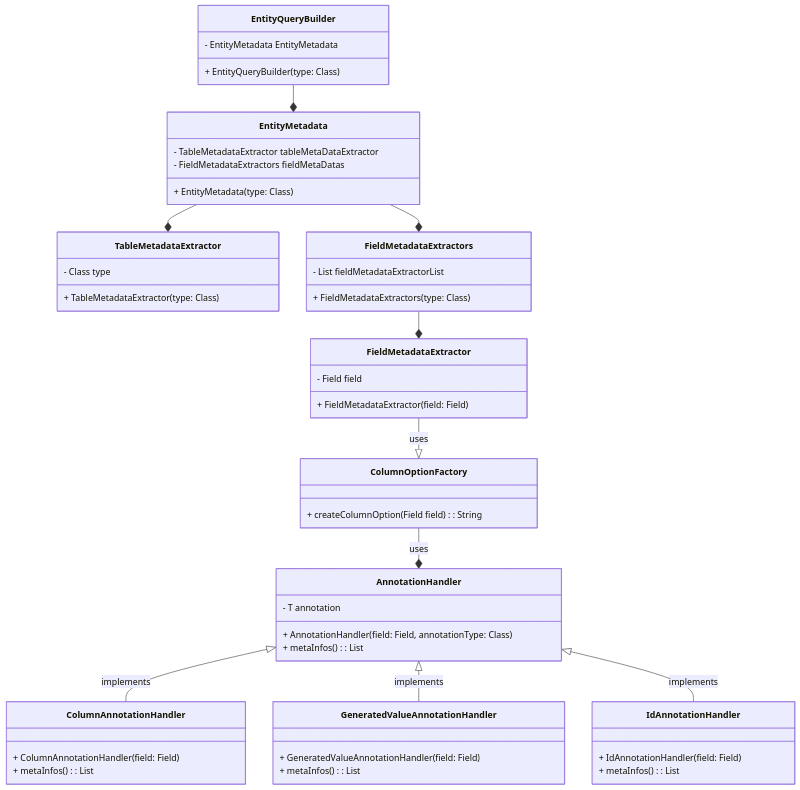
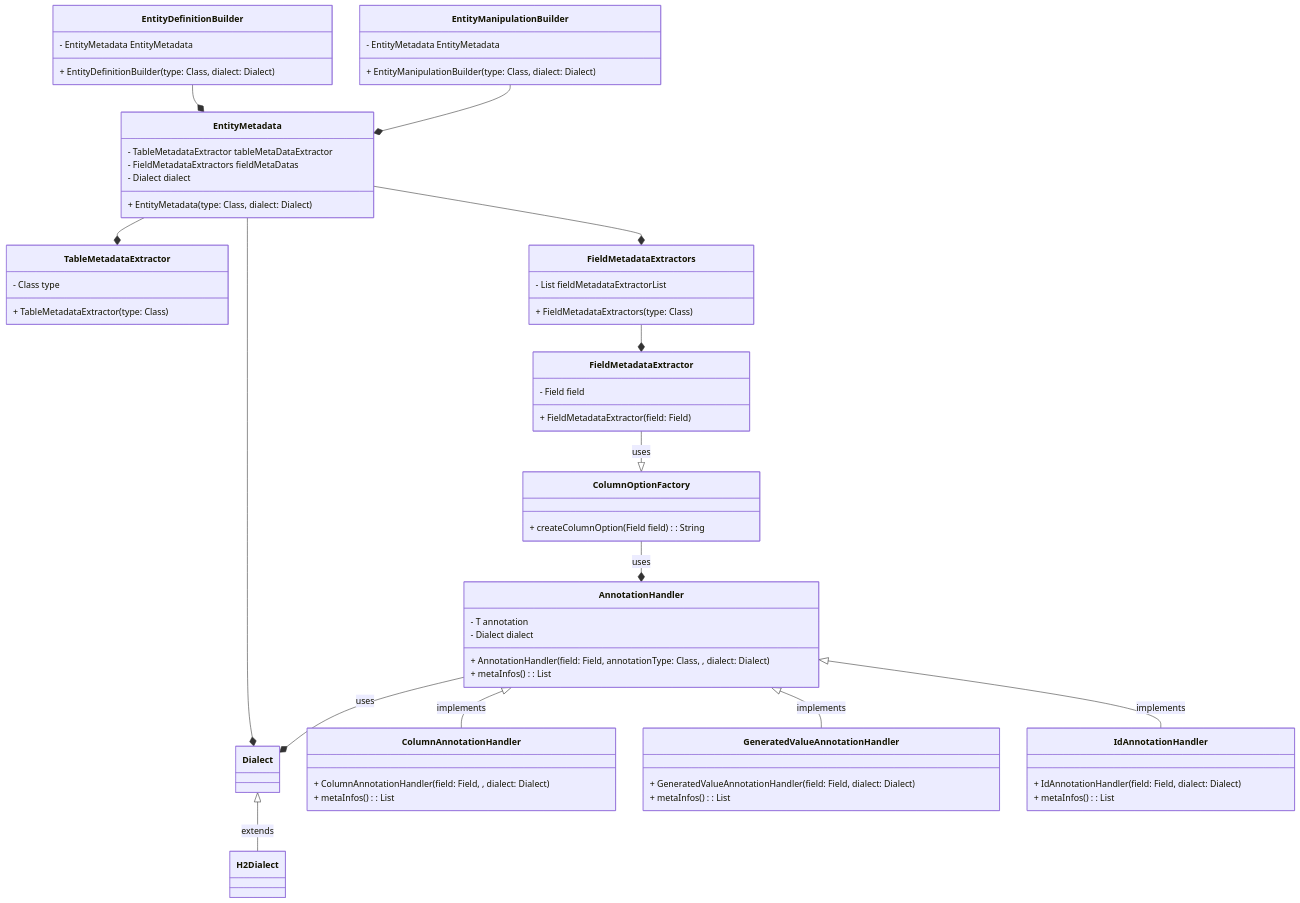
Before and after one commit to next-step/jpa-query-builder: the diagram in README.md, drawn with Mermaid.

Commit message:
docs : Dialect, EntityManipulationBuilder 추가 등등

````diff
--- a/README.md
+++ b/README.md
@@ -5,54 +5,68 @@
 ```mermaid
 classDiagram
-    class EntityQueryBuilder {
+    class EntityDefinitionBuilder {
         - EntityMetadata EntityMetadata
-        + EntityQueryBuilder(type: Class<?>)
+        + EntityDefinitionBuilder(type: Class<?>, dialect: Dialect)
+    }
+    class EntityManipulationBuilder {
+        - EntityMetadata EntityMetadata
+        + EntityManipulationBuilder(type: Class<?>, dialect: Dialect)
     }
     class EntityMetadata {
         - TableMetadataExtractor tableMetaDataExtractor
         - FieldMetadataExtractors fieldMetaDatas
-        + EntityMetadata(type: Class<?>)
+        - Dialect dialect
+        + EntityMetadata(type: Class<?>, dialect: Dialect)
     }
     class TableMetadataExtractor {
         - Class<?> type
         + TableMetadataExtractor(type: Class<?>)
     }
     class FieldMetadataExtractors {
         - List<FieldMetadataExtractor> fieldMetadataExtractorList
         + FieldMetadataExtractors(type: Class<?>)
+    }
+    class Dialect {
+    }
+    class H2Dialect {
     }
     class FieldMetadataExtractor {
         - Field field
         + FieldMetadataExtractor(field: Field)
     }
     class ColumnOptionFactory {
         + createColumnOption(Field field): String
     }
     class AnnotationHandler {
         - T annotation
-        + AnnotationHandler(field: Field, annotationType: Class<T>)
+        - Dialect dialect
+        + AnnotationHandler(field: Field, annotationType: Class<T>, , dialect: Dialect)
         + metaInfos(): List<ColumnOption>
     }
     class ColumnAnnotationHandler {
-        + ColumnAnnotationHandler(field: Field)
+        + ColumnAnnotationHandler(field: Field, , dialect: Dialect)
         + metaInfos(): List<ColumnOption>
     }
     class GeneratedValueAnnotationHandler {
-        + GeneratedValueAnnotationHandler(field: Field)
+        + GeneratedValueAnnotationHandler(field: Field, dialect: Dialect)
         + metaInfos(): List<ColumnOption>
     }
     class IdAnnotationHandler {
-        + IdAnnotationHandler(field: Field)
+        + IdAnnotationHandler(field: Field, dialect: Dialect)
         + metaInfos(): List<ColumnOption>
     }
     
-    EntityQueryBuilder --* EntityMetadata
+    EntityDefinitionBuilder --* EntityMetadata
+    EntityManipulationBuilder --* EntityMetadata
     EntityMetadata --* TableMetadataExtractor
     EntityMetadata --* FieldMetadataExtractors
+    EntityMetadata --* Dialect
+    Dialect <|-- H2Dialect : extends
     FieldMetadataExtractors --* FieldMetadataExtractor
     FieldMetadataExtractor --|> ColumnOptionFactory : uses
     ColumnOptionFactory --* AnnotationHandler : uses
+    AnnotationHandler --* Dialect : uses
     AnnotationHandler <|-- ColumnAnnotationHandler : implements
     AnnotationHandler <|-- GeneratedValueAnnotationHandler : implements
     AnnotationHandler <|-- IdAnnotationHandler : implements
 ```
````
